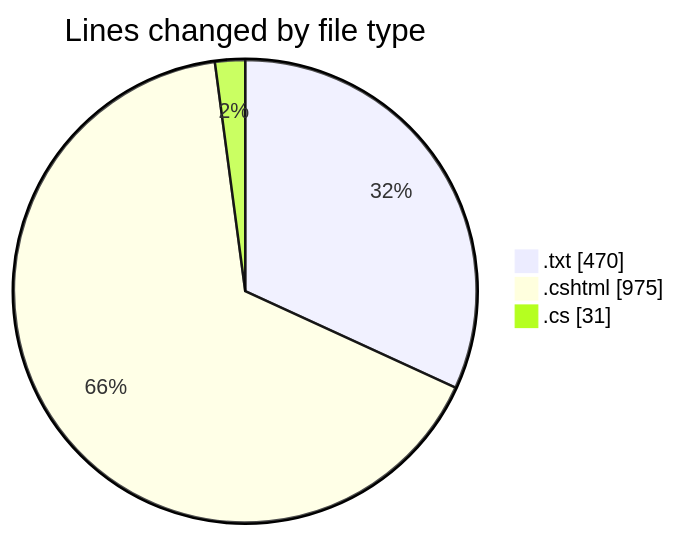
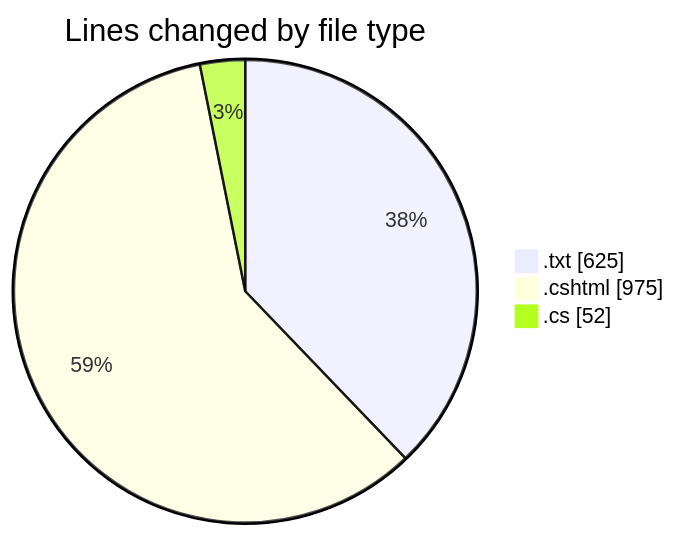
One commit to lephambinh05/code-tracking changed the first of 2 diagrams in 2025-07-25/quanlyrapchieuphim-1/README.md. Above: the diagram before and after it, drawn with Mermaid. The commit also changed other lines of this file and 1 other file, not shown here.

````diff
--- a/2025-07-25/quanlyrapchieuphim-1/README.md
+++ b/2025-07-25/quanlyrapchieuphim-1/README.md
@@ -23,7 +23,7 @@
 ```mermaid
 pie showData
 title Lines changed by file type
-".txt" : 470
+".txt" : 625
 ".cshtml" : 975
-".cs" : 31
+".cs" : 52
 ```
````
